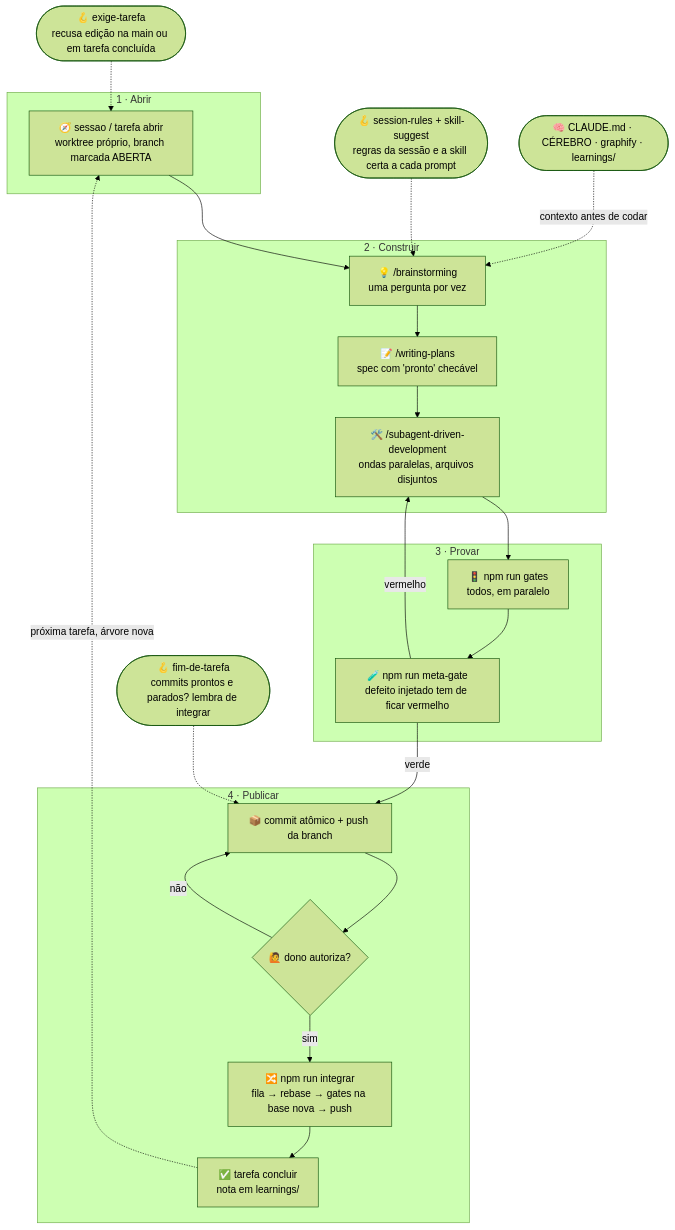
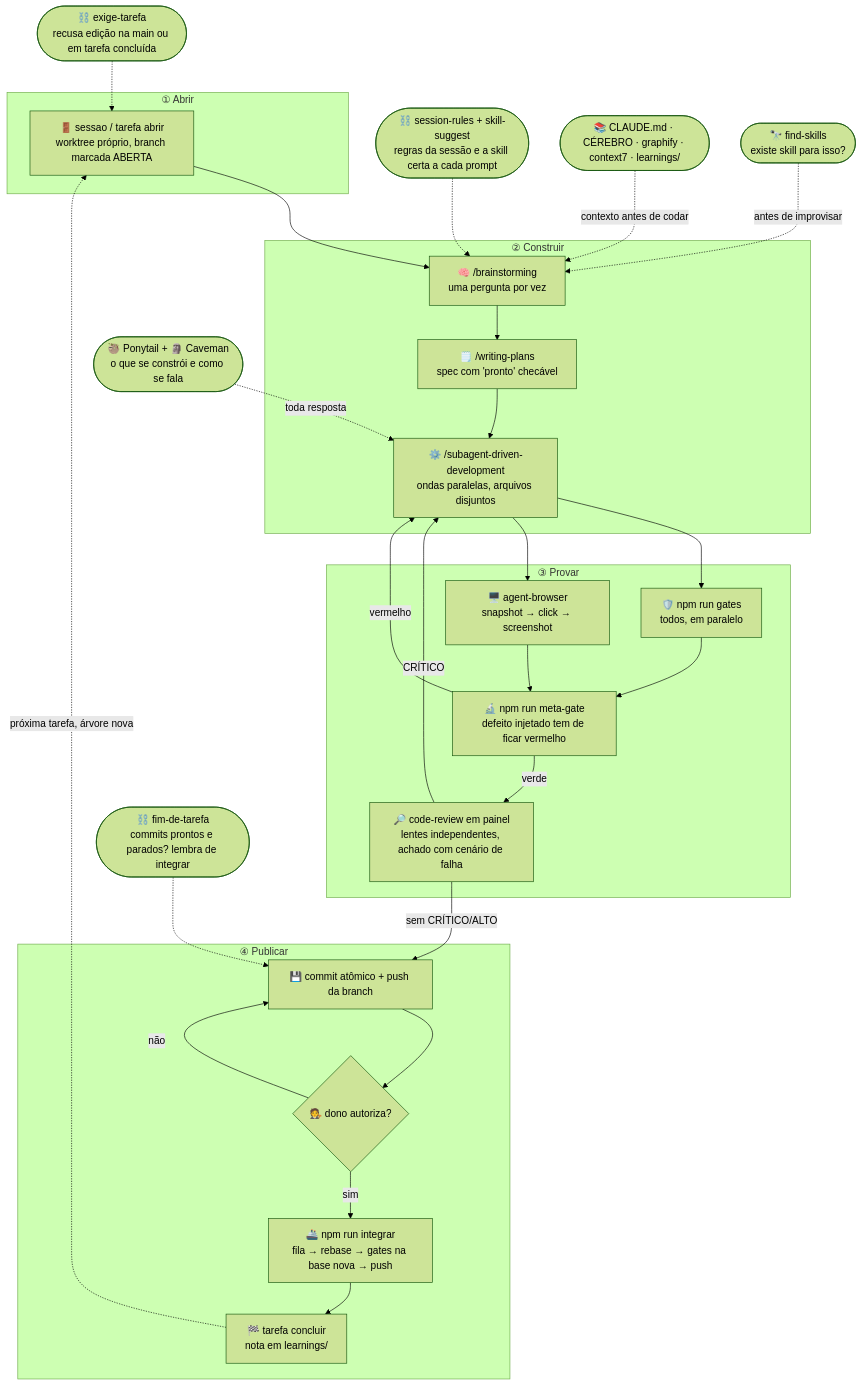
The diagram in README.md (Mateusfb-ai/vibe100coding-kit), drawn with Mermaid (forest theme) before and after one commit. The commit also changed other lines of this file and 8 other files, not shown here.

Commit message:
feat: Ponytail, code-review em painel, agent-browser e find-skills no ciclo; ciclo renomeado e redesenhado; doc de ferramentas

````diff
--- a/README.md
+++ b/README.md
@@ -17,29 +17,36 @@
 ```mermaid
 flowchart TB
-    subgraph ABRIR["1 · Abrir"]
-        S["🧭 sessao / tarefa abrir<br/>worktree próprio, branch marcada ABERTA"]
+    subgraph ABRIR["① Abrir"]
+        S["🚪 sessao / tarefa abrir<br/>worktree próprio, branch marcada ABERTA"]
     end
-    subgraph CONSTRUIR["2 · Construir"]
-        B["💡 /brainstorming<br/>uma pergunta por vez"] --> P["📝 /writing-plans<br/>spec com 'pronto' checável"] --> I["🛠️ /subagent-driven-development<br/>ondas paralelas, arquivos disjuntos"]
+    subgraph CONSTRUIR["② Construir"]
+        B["🧠 /brainstorming<br/>uma pergunta por vez"] --> P["🗒️ /writing-plans<br/>spec com 'pronto' checável"] --> I["⚙️ /subagent-driven-development<br/>ondas paralelas, arquivos disjuntos"]
     end
-    subgraph PROVAR["3 · Provar"]
-        G["🚦 npm run gates<br/>todos, em paralelo"] --> M["🧪 npm run meta-gate<br/>defeito injetado tem de ficar vermelho"]
+    subgraph PROVAR["③ Provar"]
+        G["🛡️ npm run gates<br/>todos, em paralelo"] --> M["🔬 npm run meta-gate<br/>defeito injetado tem de ficar vermelho"]
+        W["🖥️ agent-browser<br/>snapshot → click → screenshot"] --> M
+        R["🔎 code-review em painel<br/>lentes independentes, achado com cenário de falha"]
     end
-    subgraph PUBLICAR["4 · Publicar"]
-        C["📦 commit atômico + push da branch"] --> D{"🙋 dono autoriza?"}
-        D -->|sim| N["🔀 npm run integrar<br/>fila → rebase → gates na base nova → push"]
+    subgraph PUBLICAR["④ Publicar"]
+        C["💾 commit atômico + push da branch"] --> D{"🧑‍⚖️ dono autoriza?"}
+        D -->|sim| N["🚢 npm run integrar<br/>fila → rebase → gates na base nova → push"]
         D -->|não| C
-        N --> F["✅ tarefa concluir<br/>nota em learnings/"]
+        N --> F["🏁 tarefa concluir<br/>nota em learnings/"]
     end
 
     S --> B
     I --> G
-    M -->|verde| C
+    I --> W
+    M -->|verde| R
     M -->|vermelho| I
+    R -->|sem CRÍTICO/ALTO| C
+    R -->|CRÍTICO| I
     F -.->|próxima tarefa, árvore nova| S
 
-    H1(["🪝 exige-tarefa<br/>recusa edição na main ou em tarefa concluída"]) -.-> S
-    H2(["🪝 session-rules + skill-suggest<br/>regras da sessão e a skill certa a cada prompt"]) -.-> B
-    H3(["🪝 fim-de-tarefa<br/>commits prontos e parados? lembra de integrar"]) -.-> C
-    K(["🧠 CLAUDE.md · CÉREBRO · graphify · learnings/"]) -.->|contexto antes de codar| B
+    H1(["⛓️ exige-tarefa<br/>recusa edição na main ou em tarefa concluída"]) -.-> S
+    H2(["⛓️ session-rules + skill-suggest<br/>regras da sessão e a skill certa a cada prompt"]) -.-> B
+    H3(["⛓️ fim-de-tarefa<br/>commits prontos e parados? lembra de integrar"]) -.-> C
+    K(["📚 CLAUDE.md · CÉREBRO · graphify · context7 · learnings/"]) -.->|contexto antes de codar| B
+    Y(["🦥 Ponytail + 🗿 Caveman<br/>o que se constrói e como se fala"]) -.->|toda resposta| I
+    X(["🔭 find-skills<br/>existe skill para isso?"]) -.->|antes de improvisar| B
 ```
````
